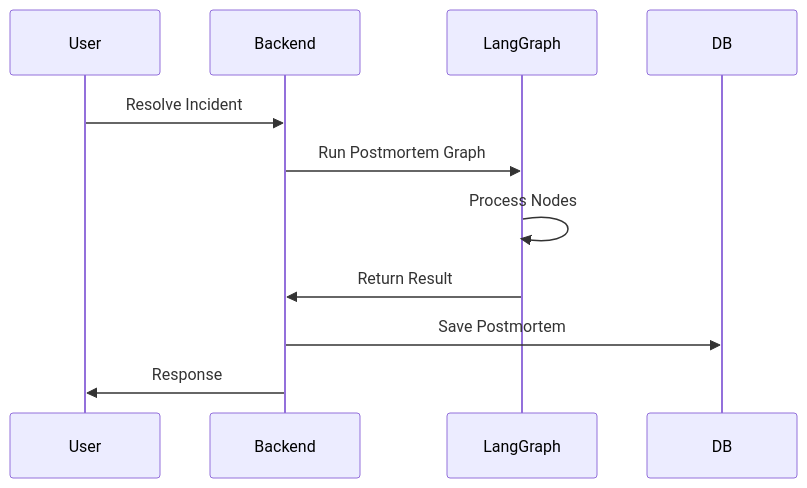
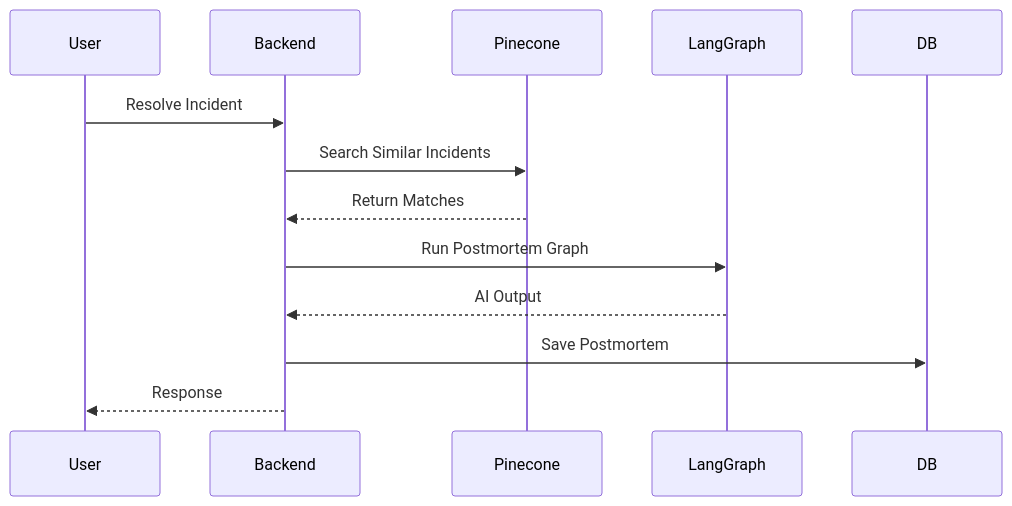
Before and after one commit to Soumipal56/AlertForge: the fourth of 4 diagrams in AlertForge/Backend/status/langgraph-postmortem-system.md, drawn with Mermaid. The commit also changed other lines of this file, not shown here.

````diff
--- a/AlertForge/Backend/status/langgraph-postmortem-system.md
+++ b/AlertForge/Backend/status/langgraph-postmortem-system.md
@@ -75,14 +84,16 @@
 ```mermaid
 sequenceDiagram
     participant User
     participant Backend
+    participant Pinecone
     participant LangGraph
     participant DB
 
     User->>Backend: Resolve Incident
+    Backend->>Pinecone: Search Similar Incidents
+    Pinecone-->>Backend: Return Matches
     Backend->>LangGraph: Run Postmortem Graph
-    LangGraph->>LangGraph: Process Nodes
-    LangGraph->>Backend: Return Result
+    LangGraph-->>Backend: AI Output
     Backend->>DB: Save Postmortem
-    Backend->>User: Response
+    Backend-->>User: Response
 ```
````
